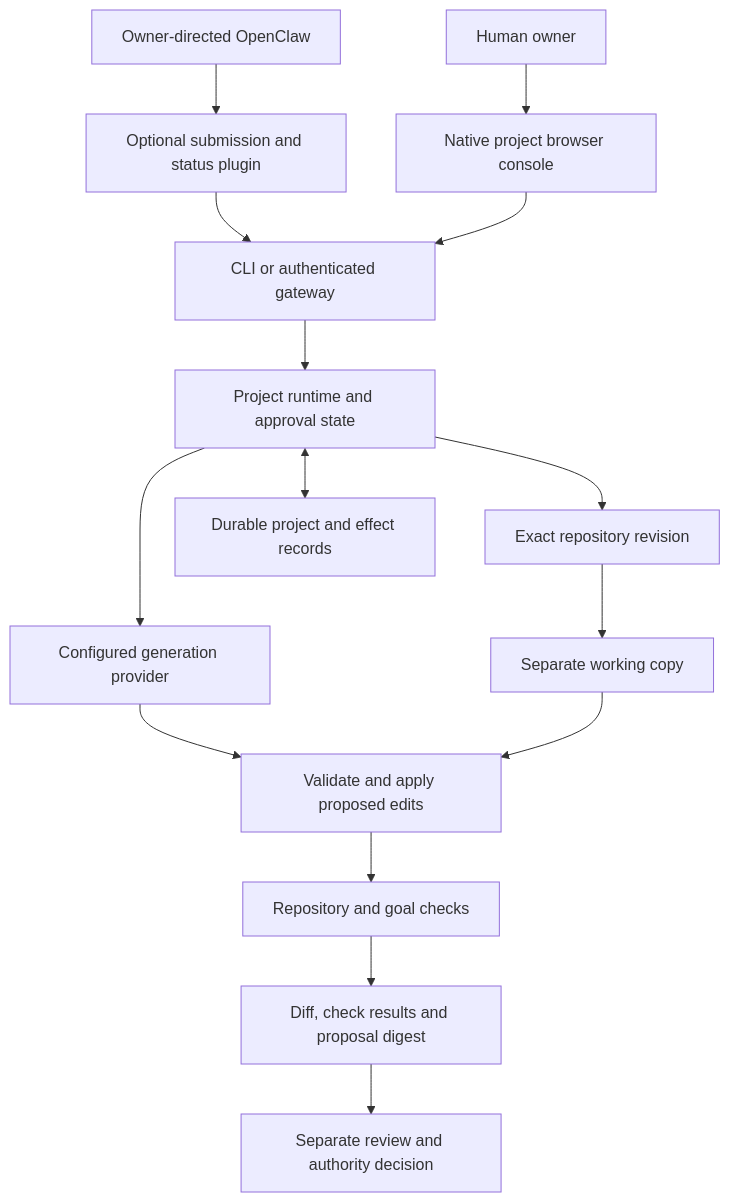
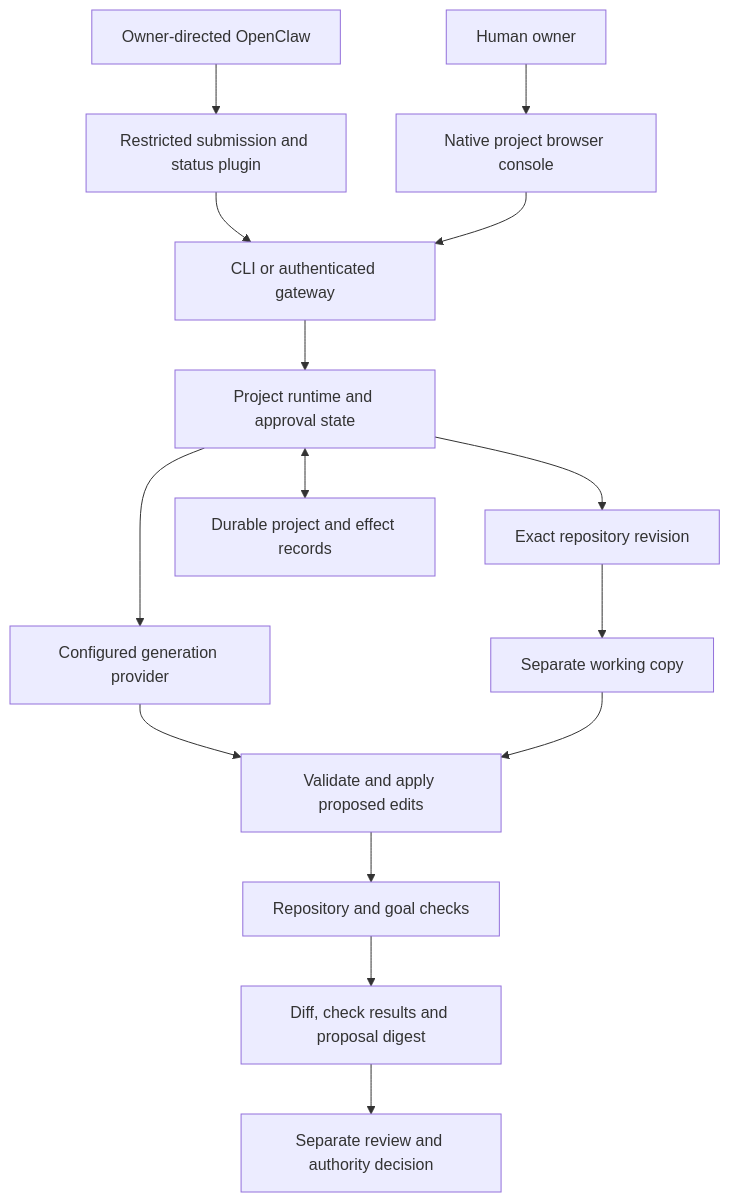
Before and after one commit to RedRookAI/keep-research-preview: the diagram in docs/architecture.md, drawn with Mermaid. The commit also changed other lines of this file and 19 other files, not shown here.

Commit message:
Align roadmap and guides with shipped 0.0.19 preview

````diff
--- a/docs/architecture.md
+++ b/docs/architecture.md
@@ -5,17 +5,17 @@
 ```mermaid
 flowchart TD
     CLI[CLI or authenticated gateway] --> Runtime[Project runtime and approval state]
-    OpenClaw[Owner-directed OpenClaw] --> Plugin[Optional submission and status plugin]
+    OpenClaw[Owner-directed OpenClaw] --> Plugin[Restricted submission and status plugin]
     Plugin --> CLI
     Owner[Human owner] --> Console[Native project browser console]
     Console --> CLI
     Runtime --> Snapshot[Exact repository revision]
     Snapshot --> Work[Separate working copy]
     Runtime --> Provider[Configured generation provider]
     Provider --> Edit[Validate and apply proposed edits]
     Work --> Edit
     Edit --> Tests[Repository and goal checks]
     Tests --> Proposal[Diff, check results and proposal digest]
     Proposal --> Review[Separate review and authority decision]
     Runtime <--> State[Durable project and effect records]
 ```
````
